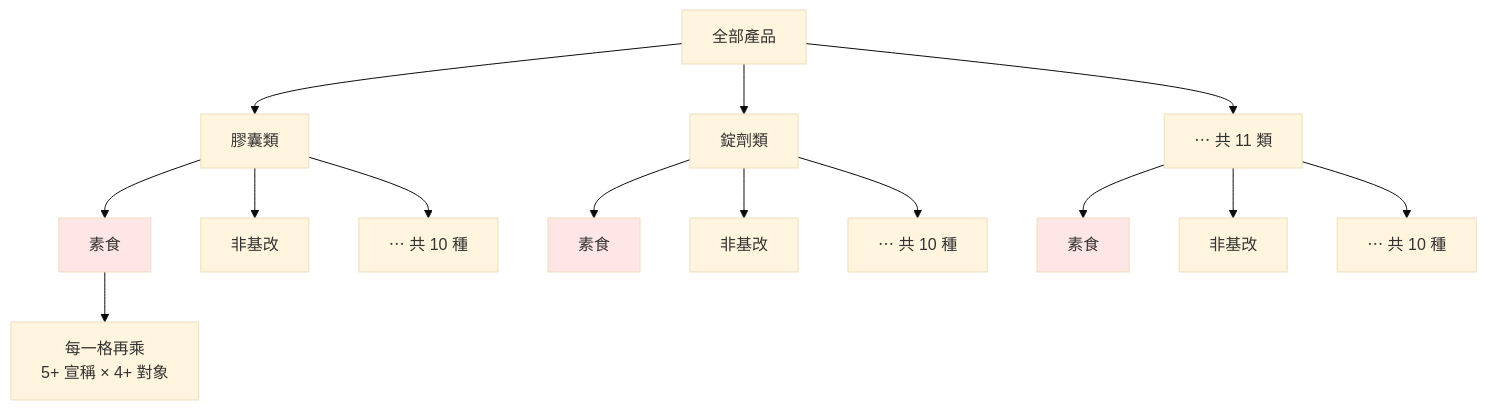
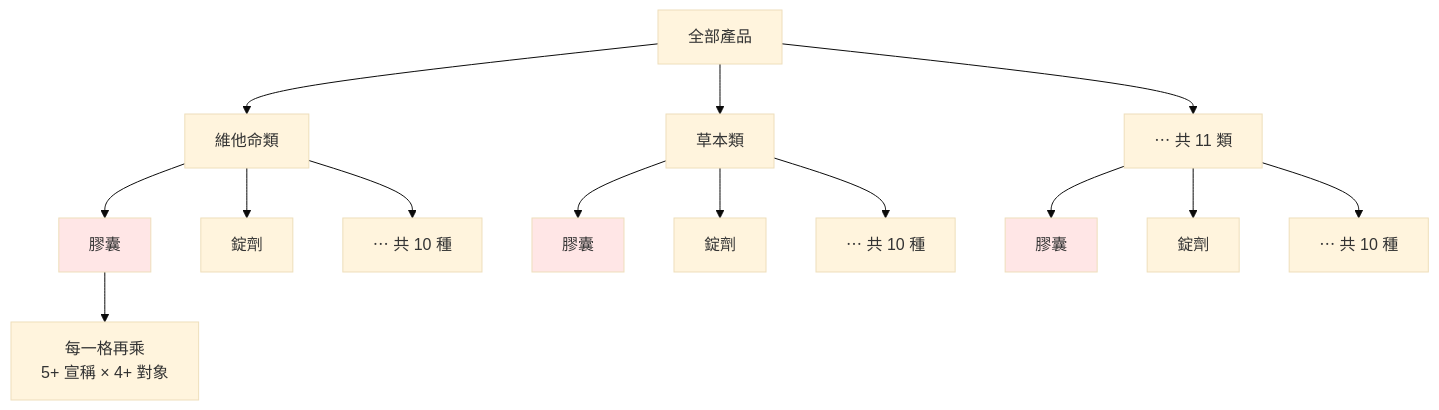
Before and after one commit to mapleelpam/LuminNexus-LearningMap: the fifth of 7 diagrams in general/classification-terminology.md, drawn with Mermaid (base theme). The commit also changed other lines of this file and 1 other file, not shown here.

````diff
--- a/general/classification-terminology.md
+++ b/general/classification-terminology.md
@@ -233,24 +243,24 @@
 ```mermaid
 graph TD
-    R["全部產品"] --> A1["膠囊類"]
-    R --> A2["錠劑類"]
+    R["全部產品"] --> A1["維他命類"]
+    R --> A2["草本類"]
     R --> A3["⋯ 共 11 類"]
 
-    A1 --> E1["素食"]
-    A1 --> E2["非基改"]
+    A1 --> E1["膠囊"]
+    A1 --> E2["錠劑"]
     A1 --> E3["⋯ 共 10 種"]
 
-    A2 --> F1["素食"]
-    A2 --> F2["非基改"]
+    A2 --> F1["膠囊"]
+    A2 --> F2["錠劑"]
     A2 --> F3["⋯ 共 10 種"]
 
-    A3 --> G1["素食"]
-    A3 --> G2["非基改"]
+    A3 --> G1["膠囊"]
+    A3 --> G2["錠劑"]
     A3 --> G3["⋯ 共 10 種"]
 
     E1 --> X1["每一格再乘<br/>5+ 宣稱 × 4+ 對象"]
 
     style E1 fill:#ffe6e6
     style F1 fill:#ffe6e6
     style G1 fill:#ffe6e6
 ```
````
